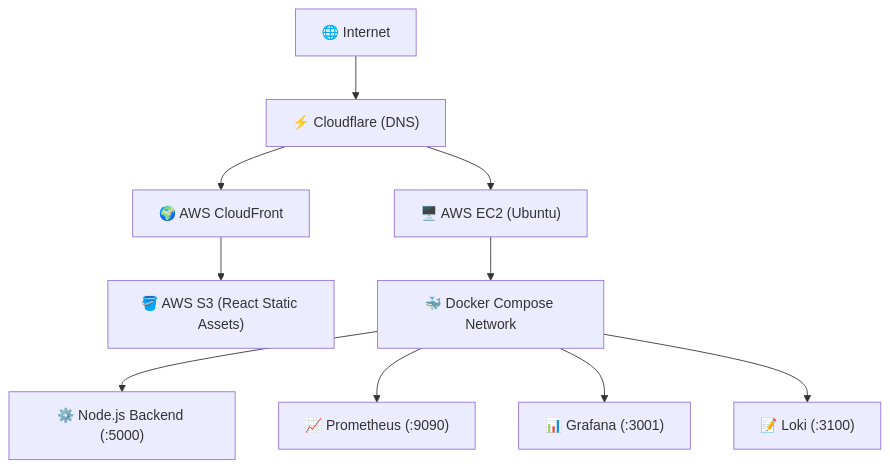
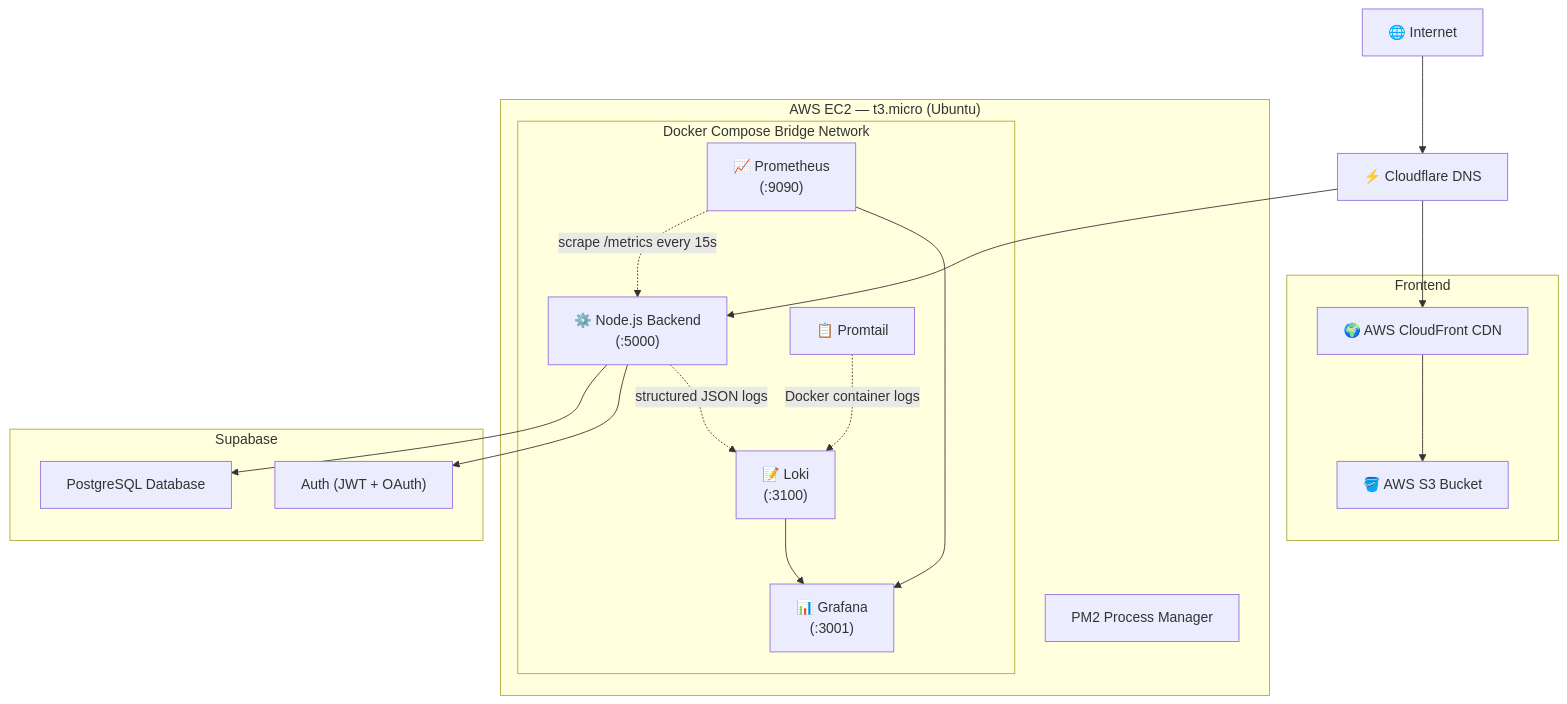
The diagram in docs/DEPLOYMENT.md (Dakshh-Agarwal/DevGuard-AI), drawn with Mermaid before and after one commit. The commit also changed other lines of this file and 15 other files, not shown here.

````diff
--- a/docs/DEPLOYMENT.md
+++ b/docs/DEPLOYMENT.md
@@ -5,25 +7,38 @@
 ```mermaid
 flowchart TD
     Internet["🌐 Internet"]
-    CF["⚡ Cloudflare (DNS)"]
-    CDN["🌍 AWS CloudFront"]
-    S3["🪣 AWS S3 (React Static Assets)"]
-    EC2["🖥️ AWS EC2 (Ubuntu)"]
-    Docker["🐳 Docker Compose Network"]
+    DNS["⚡ Cloudflare DNS"]
     
-    Prometheus["📈 Prometheus (:9090)"]
-    Grafana["📊 Grafana (:3001)"]
-    Loki["📝 Loki (:3100)"]
-    Backend["⚙️ Node.js Backend (:5000)"]
+    subgraph Frontend
+        CDN["🌍 AWS CloudFront CDN"]
+        S3["🪣 AWS S3 Bucket"]
+    end
+    
+    subgraph "AWS EC2 — t3.micro (Ubuntu)"
+        PM2["PM2 Process Manager"]
+        subgraph "Docker Compose Bridge Network"
+            Backend["⚙️ Node.js Backend\n(:5000)"]
+            Prometheus["📈 Prometheus\n(:9090)"]
+            Loki["📝 Loki\n(:3100)"]
+            Promtail["📋 Promtail"]
+            Grafana["📊 Grafana\n(:3001)"]
+        end
+    end
 
-    Internet --> CF
-    CF --> CDN
+    subgraph Supabase
+        DB["PostgreSQL Database"]
+        Auth["Auth (JWT + OAuth)"]
+    end
+
+    Internet --> DNS
+    DNS --> CDN
     CDN --> S3
-    CF --> EC2
-    
-    EC2 --> Docker
-    Docker --> Backend
-    Docker --> Prometheus
-    Docker --> Grafana
-    Docker --> Loki
+    DNS --> Backend
+    Backend --> DB
+    Backend --> Auth
+    Backend -.->|structured JSON logs| Loki
+    Prometheus -.->|scrape /metrics every 15s| Backend
+    Promtail -.->|Docker container logs| Loki
+    Prometheus --> Grafana
+    Loki --> Grafana
 ```
````
